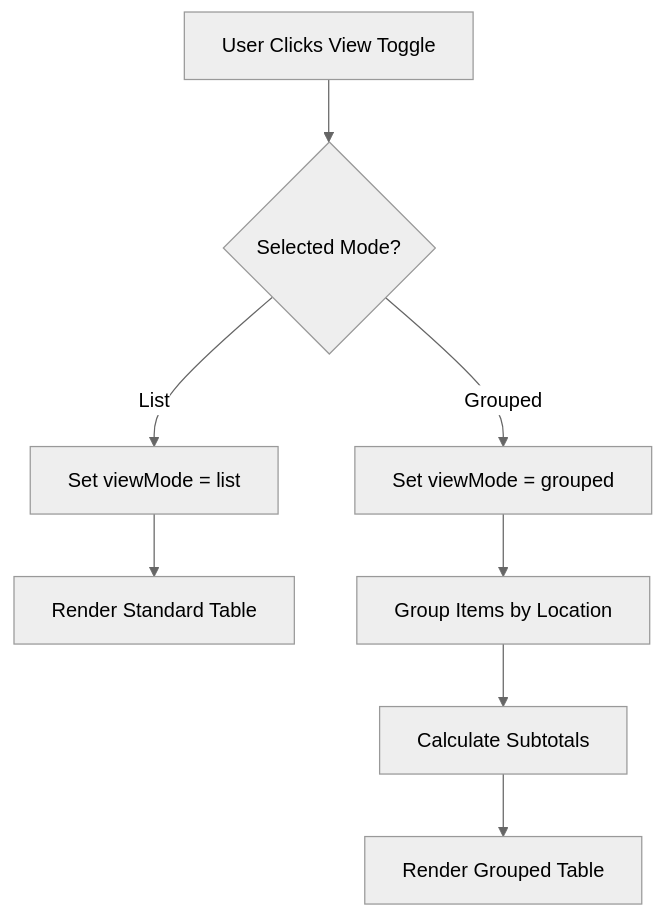
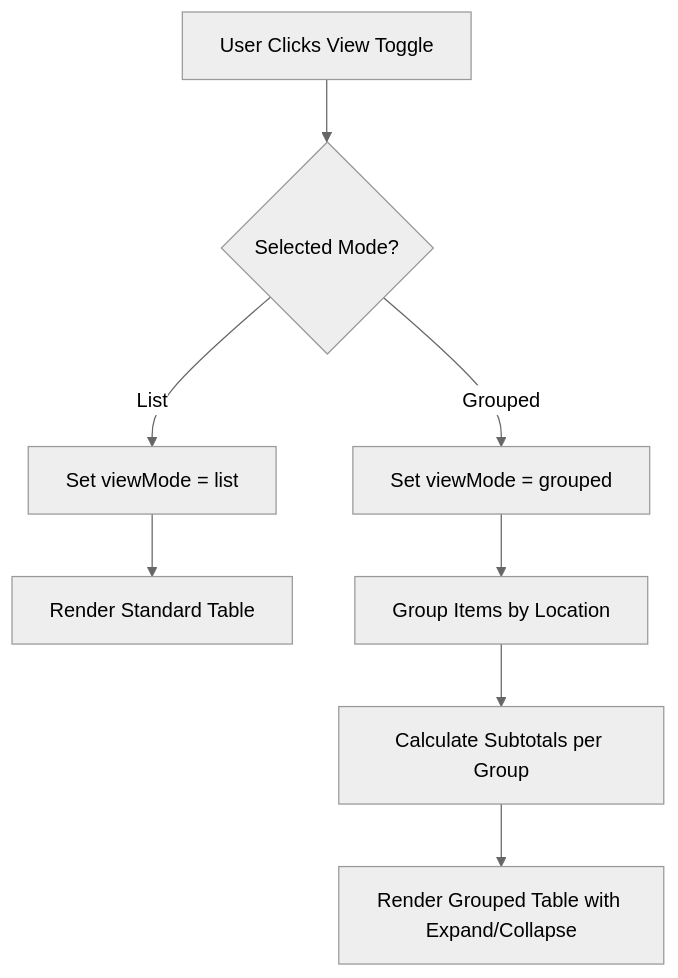
One commit to PeakMNA/carmen changed diagram 12 of 18 in docs/app/inventory-management/stock-overview/slow-moving/FD-slow-moving.md. Above: the diagram before and after it, drawn with Mermaid (neutral theme). The commit also changed other lines of this file and 473 other files, not shown here.

````diff
--- a/docs/app/inventory-management/stock-overview/slow-moving/FD-slow-moving.md
+++ b/docs/app/inventory-management/stock-overview/slow-moving/FD-slow-moving.md
@@ -163,10 +269,10 @@
 ```mermaid
 flowchart TD
     A[User Clicks View Toggle] --> B{Selected Mode?}
     B -->|List| C[Set viewMode = list]
     B -->|Grouped| D[Set viewMode = grouped]
     C --> E[Render Standard Table]
     D --> F[Group Items by Location]
-    F --> G[Calculate Subtotals]
-    G --> H[Render Grouped Table]
+    F --> G[Calculate Subtotals per Group]
+    G --> H[Render Grouped Table with Expand/Collapse]
 ```
````
